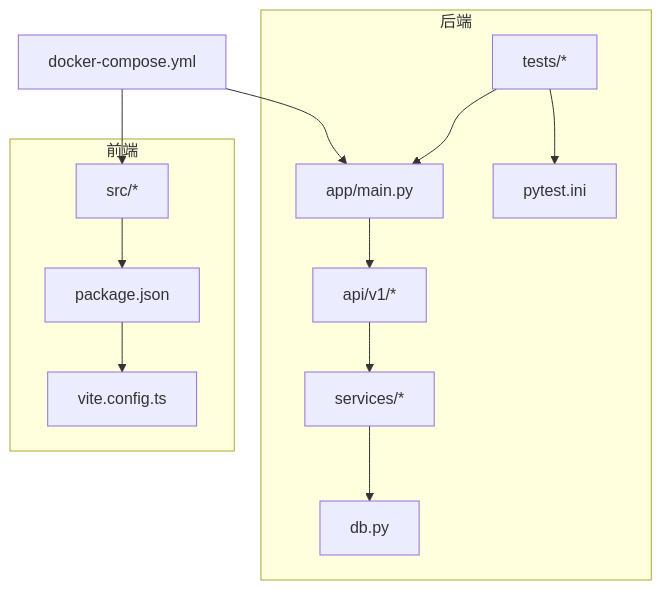
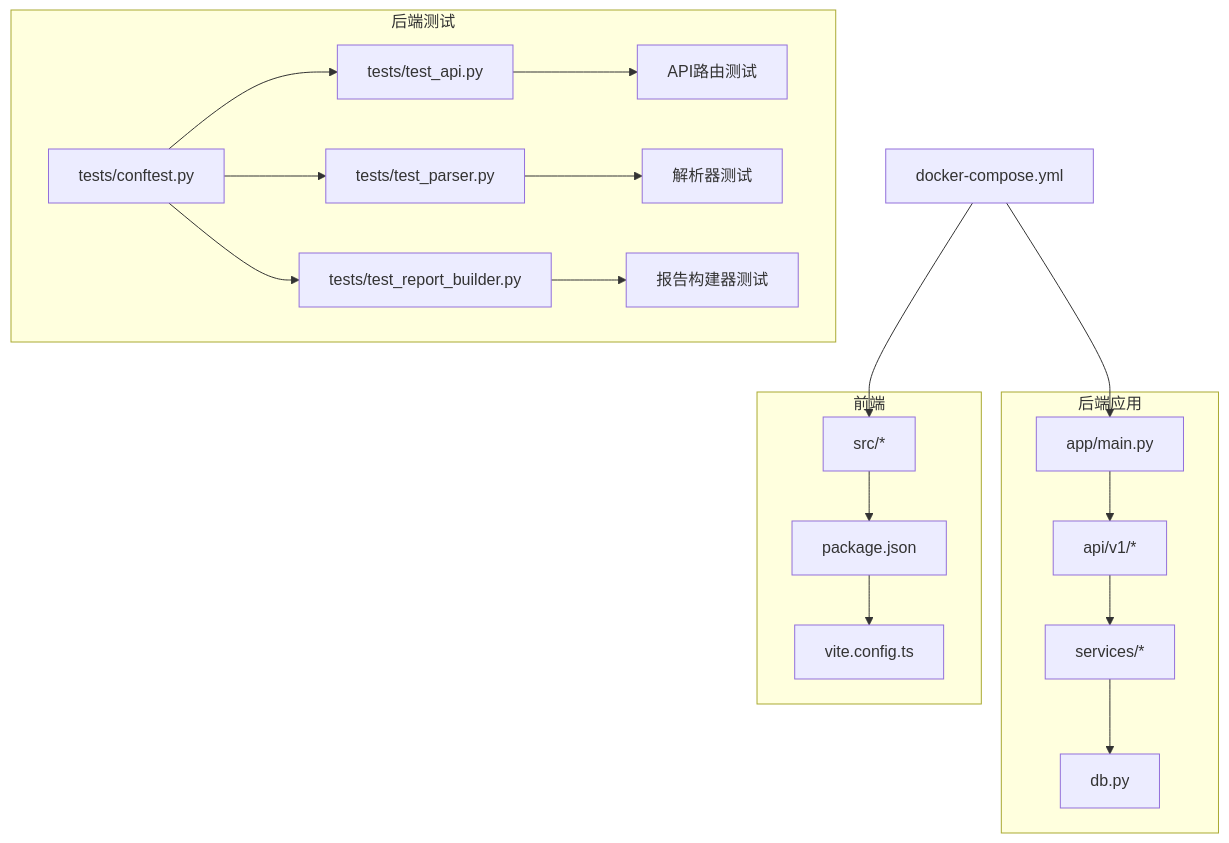
One commit to vu1Art1st/talos changed the first of 6 diagrams in .qoder/repowiki/zh/content/开发指南/测试指南.md. Above: the diagram before and after it, drawn with Mermaid. The commit also changed other lines of this file and 132 other files, not shown here.

````diff
--- a/.qoder/repowiki/zh/content/开发指南/测试指南.md
+++ b/.qoder/repowiki/zh/content/开发指南/测试指南.md
@@ -40,16 +52,22 @@
 ```mermaid
 graph TB
-subgraph "后端"
-A["app/main.py"] --> B["api/v1/*"]
-B --> C["services/*"]
-C --> D["db.py"]
-E["tests/*"] --> A
-E --> F["pytest.ini"]
+subgraph "后端测试"
+A["tests/conftest.py"] --> B["tests/test_api.py"]
+A --> C["tests/test_parser.py"]
+A --> D["tests/test_report_builder.py"]
+B --> E["API路由测试"]
+C --> F["解析器测试"]
+D --> G["报告构建器测试"]
+end
+subgraph "后端应用"
+H["app/main.py"] --> I["api/v1/*"]
+I --> J["services/*"]
+J --> K["db.py"]
 end
 subgraph "前端"
-G["src/*"] --> H["package.json"]
-H --> I["vite.config.ts"]
+L["src/*"] --> M["package.json"]
+M --> N["vite.config.ts"]
 end
-J["docker-compose.yml"] --> A
-J --> G
+O["docker-compose.yml"] --> H
+O --> L
 ```
````
